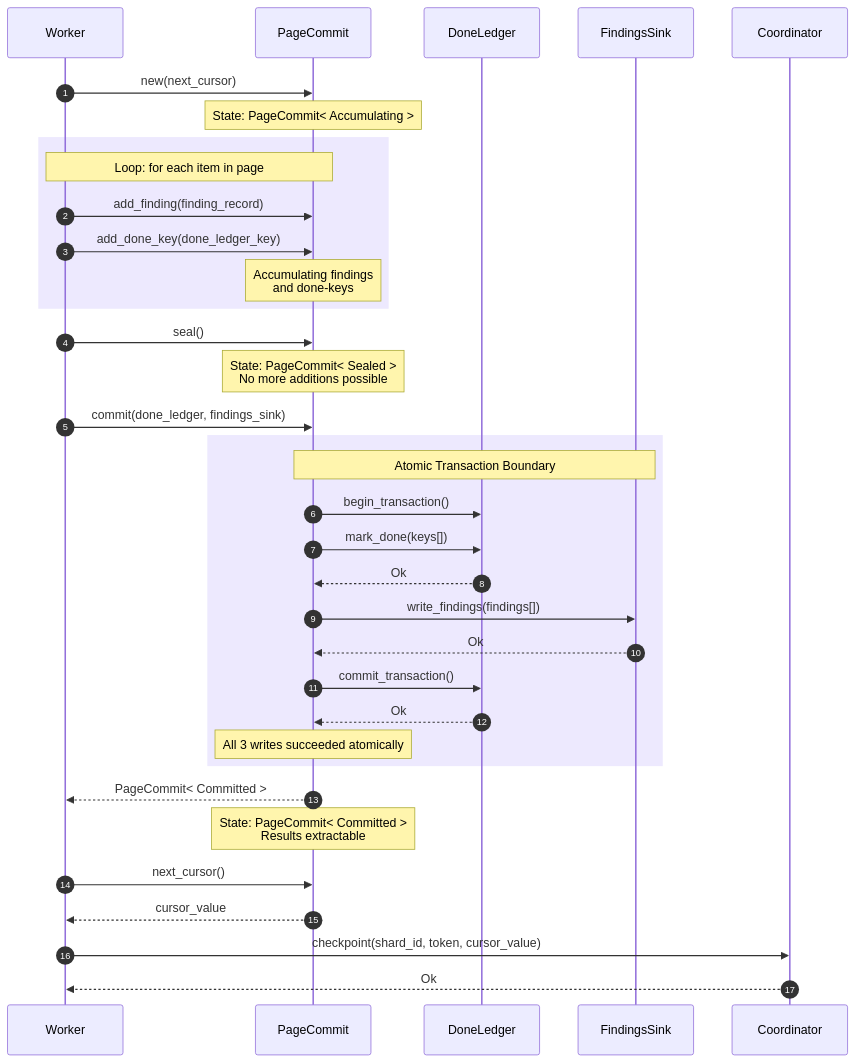
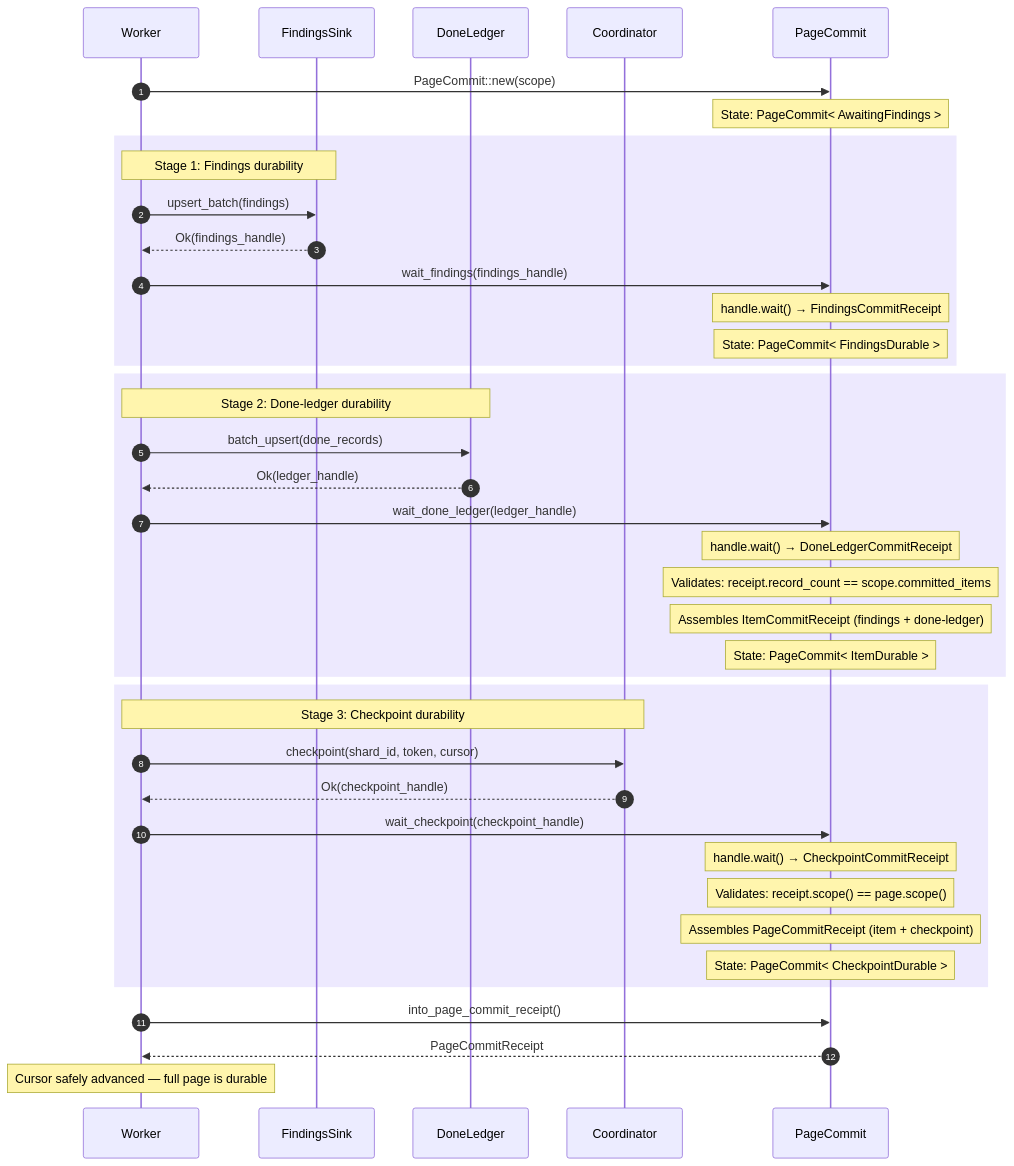
One commit to ahrav/Gossip-rs changed the fourth of 4 diagrams in diagrams/08-pagecommit-typestate.md. Above: the diagram before and after it, drawn with Mermaid. The commit also changed other lines of this file and 29 other files, not shown here.

First line of the commit message:
Update diagram directory inventory and diagram counts

````diff
--- a/diagrams/08-pagecommit-typestate.md
+++ b/diagrams/08-pagecommit-typestate.md
@@ -308,46 +360,48 @@
 ```mermaid
 %% Diagram: full-commit-flow
 sequenceDiagram
     autonumber
     participant W as Worker
+    participant FS as FindingsSink
+    participant DL as DoneLedger
+    participant CO as Coordinator
     participant PC as PageCommit
-    participant DL as DoneLedger
-    participant FS as FindingsSink
-    participant CO as Coordinator
 
-    W->>PC: new(next_cursor)
-    Note over PC: State: PageCommit< Accumulating >
+    W->>PC: PageCommit::new(scope)
+    Note over PC: State: PageCommit< AwaitingFindings >
 
     rect rgb(237, 233, 254)
-        Note over W,PC: Loop: for each item in page
-        W->>PC: add_finding(finding_record)
-        W->>PC: add_done_key(done_ledger_key)
-        Note over PC: Accumulating findings<br/>and done-keys
+        Note over W,FS: Stage 1: Findings durability
+        W->>FS: upsert_batch(findings)
+        FS-->>W: Ok(findings_handle)
+        W->>PC: wait_findings(findings_handle)
+        Note over PC: handle.wait() → FindingsCommitReceipt
+        Note over PC: State: PageCommit< FindingsDurable >
     end
 
-    W->>PC: seal()
-    Note over PC: State: PageCommit< Sealed ><br/>No more additions possible
-
-    W->>PC: commit(done_ledger, findings_sink)
+    rect rgb(237, 233, 254)
+        Note over W,DL: Stage 2: Done-ledger durability
+        W->>DL: batch_upsert(done_records)
+        DL-->>W: Ok(ledger_handle)
+        W->>PC: wait_done_ledger(ledger_handle)
+        Note over PC: handle.wait() → DoneLedgerCommitReceipt
+        Note over PC: Validates: receipt.record_count == scope.committed_items
+        Note over PC: Assembles ItemCommitReceipt (findings + done-ledger)
+        Note over PC: State: PageCommit< ItemDurable >
+    end
 
     rect rgb(237, 233, 254)
-        Note over PC,FS: Atomic Transaction Boundary
-        PC->>DL: begin_transaction()
-        PC->>DL: mark_done(keys[])
-        DL-->>PC: Ok
-        PC->>FS: write_findings(findings[])
-        FS-->>PC: Ok
-        PC->>DL: commit_transaction()
-        DL-->>PC: Ok
-        Note over PC: All 3 writes succeeded atomically
+        Note over W,CO: Stage 3: Checkpoint durability
+        W->>CO: checkpoint(shard_id, token, cursor)
+        CO-->>W: Ok(checkpoint_handle)
+        W->>PC: wait_checkpoint(checkpoint_handle)
+        Note over PC: handle.wait() → CheckpointCommitReceipt
+        Note over PC: Validates: receipt.scope() == page.scope()
+        Note over PC: Assembles PageCommitReceipt (item + checkpoint)
+        Note over PC: State: PageCommit< CheckpointDurable >
     end
 
-    PC-->>W: PageCommit< Committed >
-    Note over PC: State: PageCommit< Committed ><br/>Results extractable
-
-    W->>PC: next_cursor()
-    PC-->>W: cursor_value
-
-    W->>CO: checkpoint(shard_id, token, cursor_value)
-    CO-->>W: Ok
+    W->>PC: into_page_commit_receipt()
+    PC-->>W: PageCommitReceipt
+    Note over W: Cursor safely advanced — full page is durable
 ```
````
